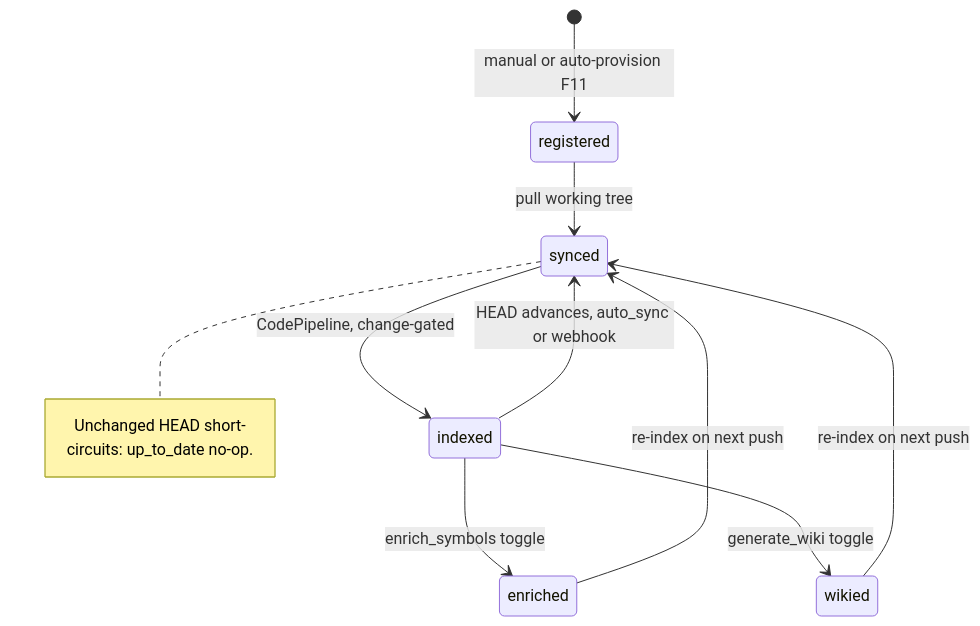
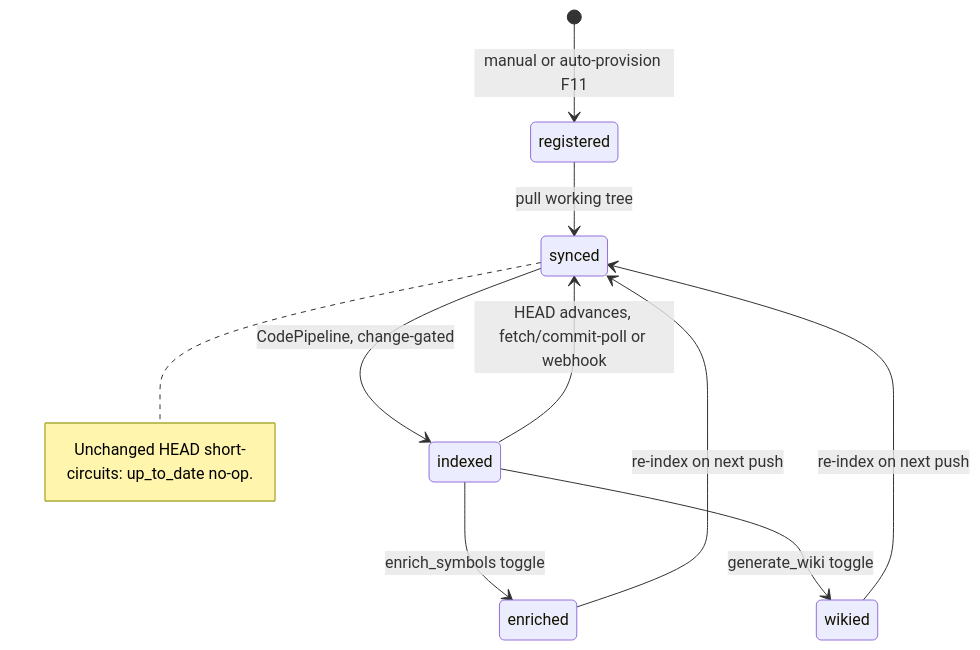
One commit to darkraise/darkmem changed the sixth of 10 diagrams in docs/design/10-code-indexing.md. Above: the diagram before and after it, drawn with Mermaid. The commit also changed other lines of this file and 4 other files, not shown here.

````diff
--- a/docs/design/10-code-indexing.md
+++ b/docs/design/10-code-indexing.md
@@ -207,14 +215,14 @@
 ```mermaid
 stateDiagram-v2
     [*] --> registered: manual or auto-provision F11
     registered --> synced: pull working tree
     synced --> indexed: CodePipeline, change-gated
-    indexed --> synced: HEAD advances, auto_sync or webhook
+    indexed --> synced: HEAD advances, fetch/commit-poll or webhook
     indexed --> enriched: enrich_symbols toggle
     indexed --> wikied: generate_wiki toggle
     enriched --> synced: re-index on next push
     wikied --> synced: re-index on next push
     note right of synced
         Unchanged HEAD short-circuits: up_to_date no-op.
     end note
 ```
````
